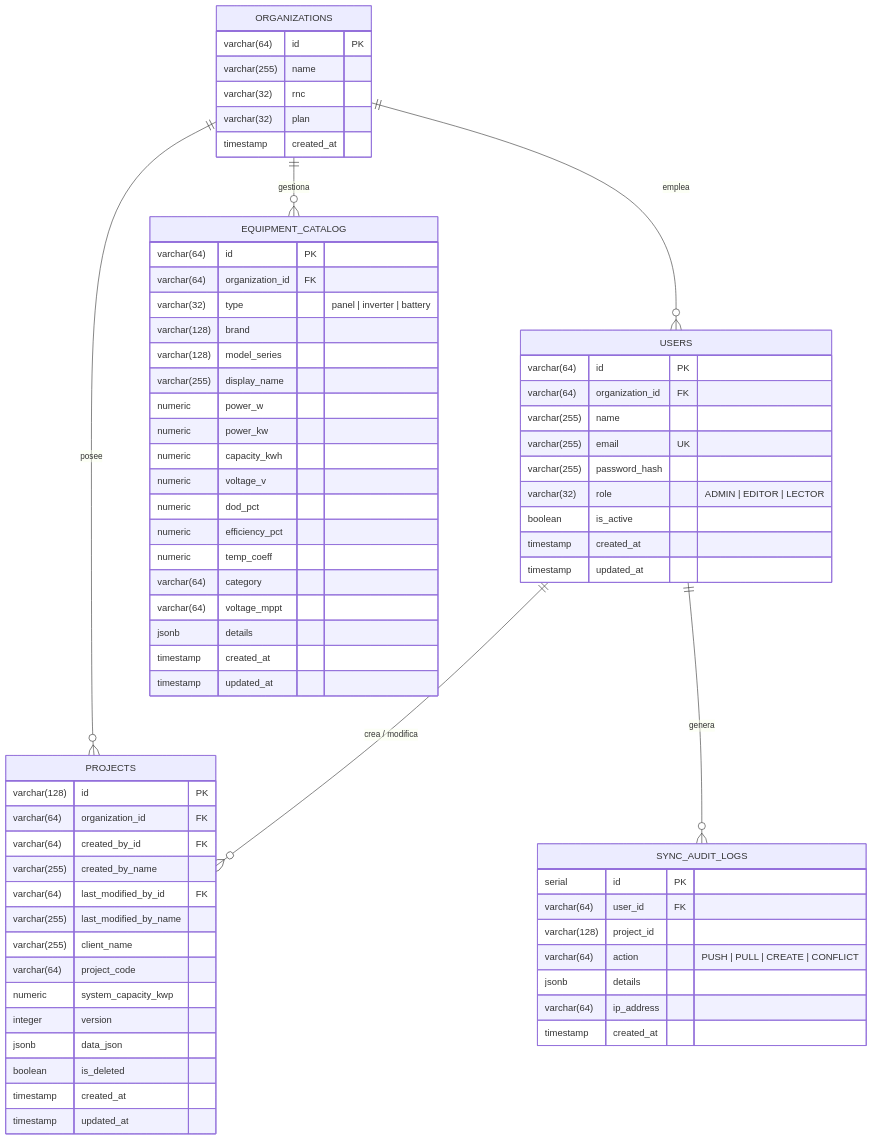
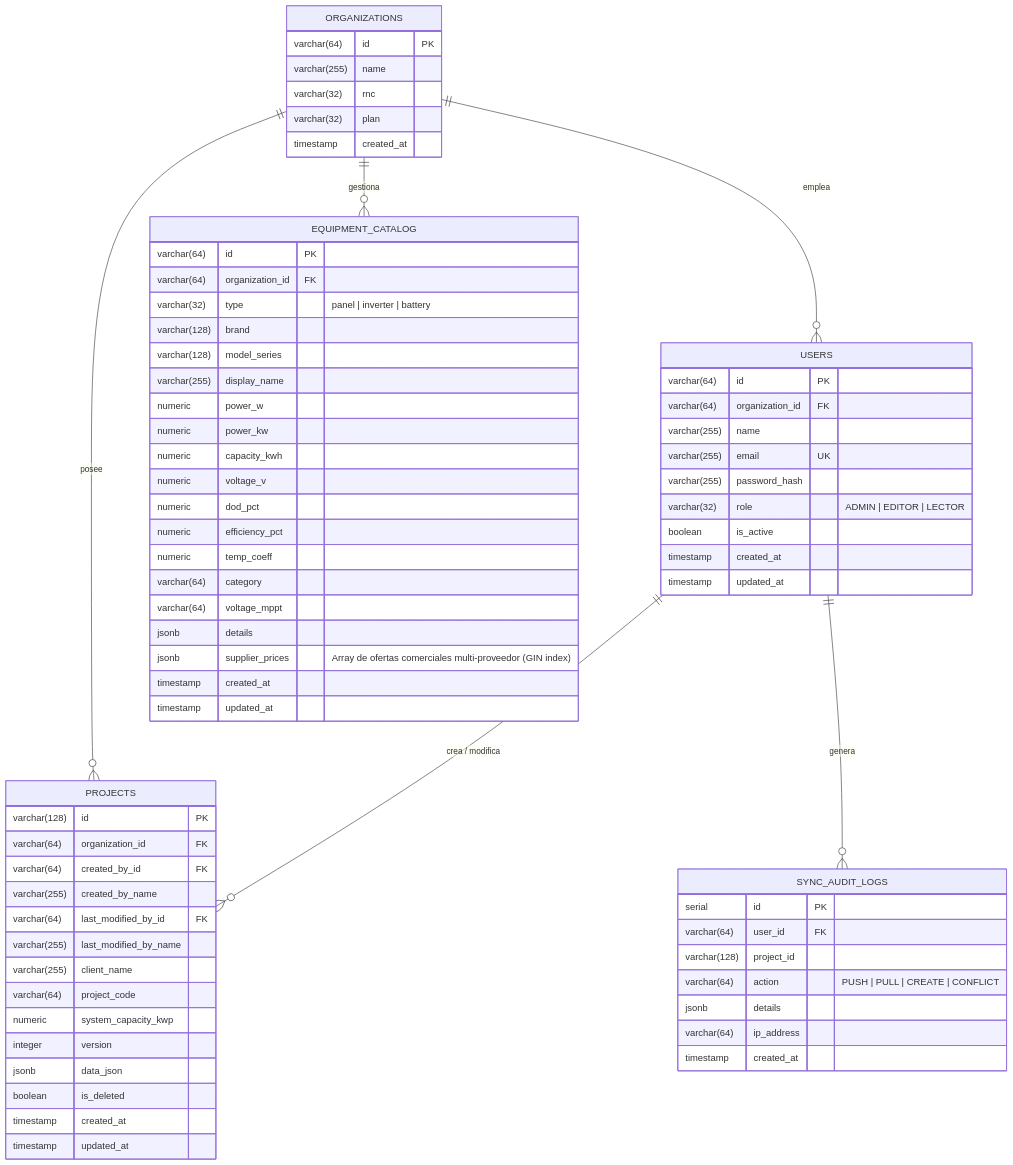
Before and after one commit to WilkerDev1/solarsim-pro: the second of 2 diagrams in docs/INFRASTRUCTURE_ARCHITECTURE.md, drawn with Mermaid. The commit also changed 3 other files, not shown here.

````diff
--- a/docs/INFRASTRUCTURE_ARCHITECTURE.md
+++ b/docs/INFRASTRUCTURE_ARCHITECTURE.md
@@ -322,76 +322,77 @@
 ```mermaid
 erDiagram
     ORGANIZATIONS ||--o{ USERS : "emplea"
     ORGANIZATIONS ||--o{ PROJECTS : "posee"
     ORGANIZATIONS ||--o{ EQUIPMENT_CATALOG : "gestiona"
     USERS ||--o{ PROJECTS : "crea / modifica"
     USERS ||--o{ SYNC_AUDIT_LOGS : "genera"
 
     ORGANIZATIONS {
         varchar(64) id PK
         varchar(255) name
         varchar(32) rnc
         varchar(32) plan
         timestamp created_at
     }
 
     USERS {
         varchar(64) id PK
         varchar(64) organization_id FK
         varchar(255) name
         varchar(255) email UK
         varchar(255) password_hash
         varchar(32) role "ADMIN | EDITOR | LECTOR"
         boolean is_active
         timestamp created_at
         timestamp updated_at
     }
 
     PROJECTS {
         varchar(128) id PK
         varchar(64) organization_id FK
         varchar(64) created_by_id FK
         varchar(255) created_by_name
         varchar(64) last_modified_by_id FK
         varchar(255) last_modified_by_name
         varchar(255) client_name
         varchar(64) project_code
         numeric system_capacity_kwp
         integer version
         jsonb data_json
         boolean is_deleted
         timestamp created_at
         timestamp updated_at
     }
 
     EQUIPMENT_CATALOG {
         varchar(64) id PK
         varchar(64) organization_id FK
         varchar(32) type "panel | inverter | battery"
         varchar(128) brand
         varchar(128) model_series
         varchar(255) display_name
         numeric power_w
         numeric power_kw
         numeric capacity_kwh
         numeric voltage_v
         numeric dod_pct
         numeric efficiency_pct
         numeric temp_coeff
         varchar(64) category
         varchar(64) voltage_mppt
         jsonb details
+        jsonb supplier_prices "Array de ofertas comerciales multi-proveedor (GIN index)"
         timestamp created_at
         timestamp updated_at
     }
 
     SYNC_AUDIT_LOGS {
         serial id PK
         varchar(64) user_id FK
         varchar(128) project_id
         varchar(64) action "PUSH | PULL | CREATE | CONFLICT"
         jsonb details
         varchar(64) ip_address
         timestamp created_at
     }
 ```
````
